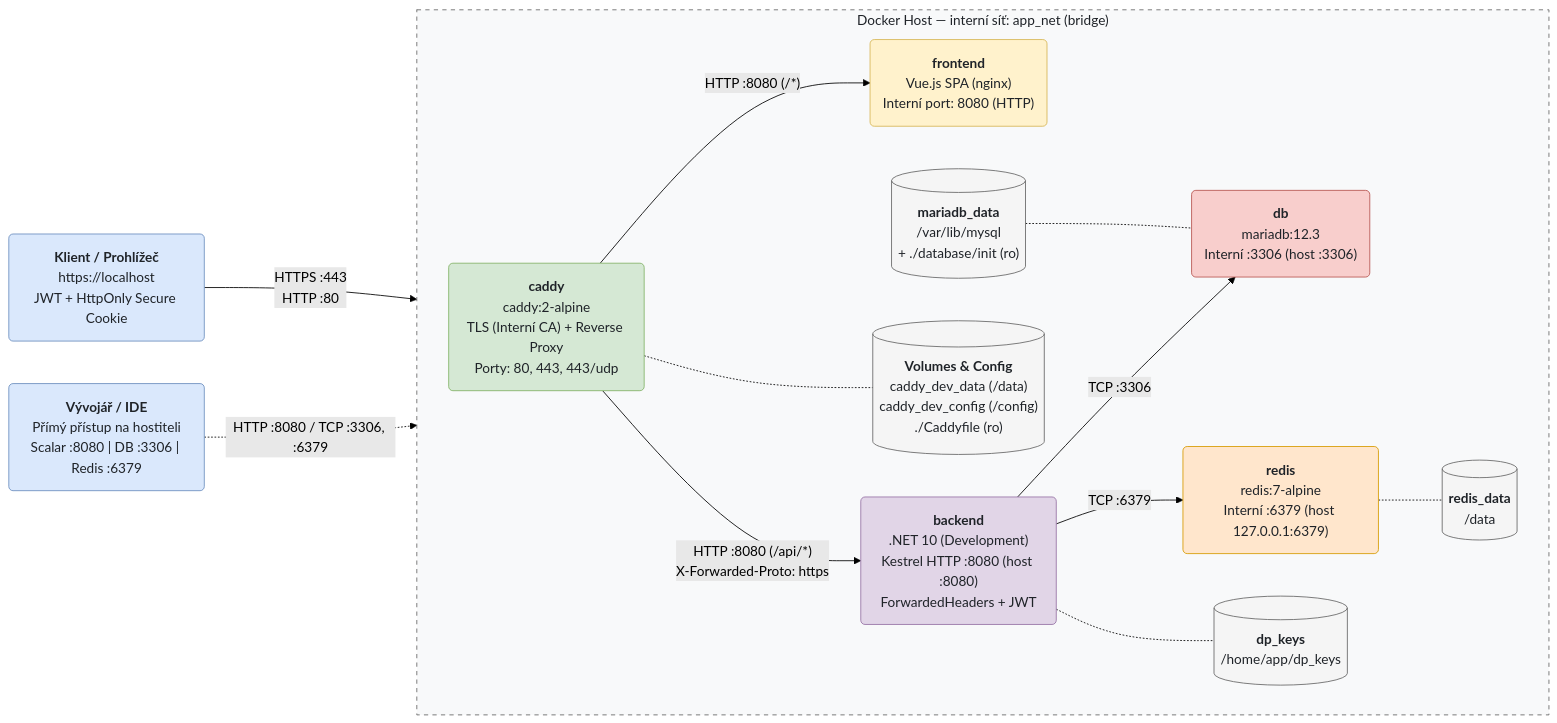
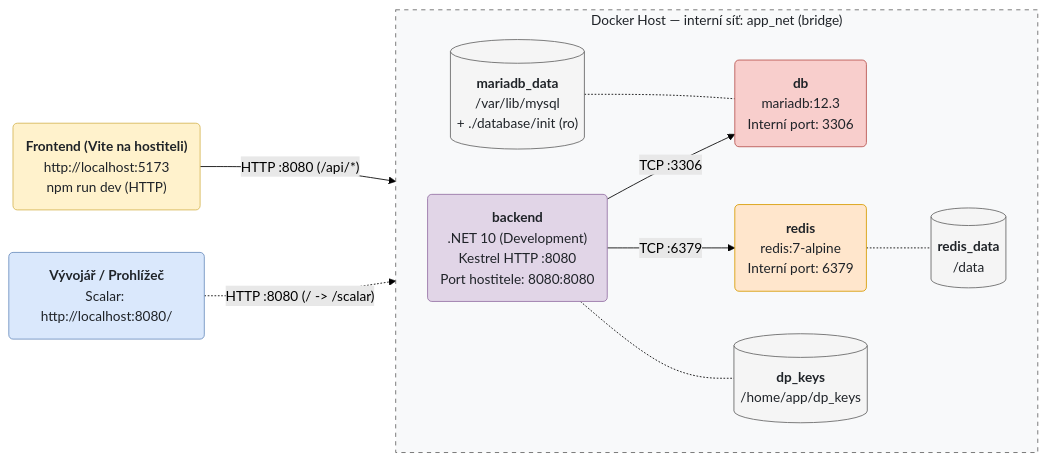
The second of 4 diagrams in README.md (Trpkadev/NNPRO), drawn with Mermaid (forest theme) before and after one commit. The commit also changed other lines of this file and 10 other files, not shown here.

````diff
--- a/README.md
+++ b/README.md
@@ -99,41 +89,33 @@
 ```mermaid
 flowchart LR
-    client("<b>Klient / Prohlížeč</b><br/>https://localhost<br/>JWT + HttpOnly Secure Cookie"):::client
-    ide("<b>Vývojář / IDE</b><br/>Přímý přístup na hostiteli<br/>Scalar :8080 | DB :3306 | Redis :6379"):::client
+    vite("<b>Frontend (Vite na hostiteli)</b><br/>http://localhost:5173<br/>npm run dev (HTTP)"):::frontend
+    ide("<b>Vývojář / Prohlížeč</b><br/>Scalar: http://localhost:8080/"):::client
 
     subgraph app_net["Docker Host — interní síť: app_net (bridge)"]
         direction LR
-        caddy("<b>caddy</b><br/>caddy:2-alpine<br/>TLS (Interní CA) + Reverse Proxy<br/>Porty: 80, 443, 443/udp"):::caddy
-        frontend("<b>frontend</b><br/>Vue.js SPA (nginx)<br/>Interní port: 8080 (HTTP)"):::frontend
-        backend("<b>backend</b><br/>.NET 10 (Development)<br/>Kestrel HTTP :8080 (host :8080)<br/>ForwardedHeaders + JWT"):::backend
-        db("<b>db</b><br/>mariadb:12.3<br/>Interní :3306 (host :3306)"):::db
-        redis("<b>redis</b><br/>redis:7-alpine<br/>Interní :6379 (host 127.0.0.1:6379)"):::redis
+        backend("<b>backend</b><br/>.NET 10 (Development)<br/>Kestrel HTTP :8080<br/>Port hostitele: 8080:8080"):::backend
+        db("<b>db</b><br/>mariadb:12.3<br/>Interní port: 3306"):::db
+        redis("<b>redis</b><br/>redis:7-alpine<br/>Interní port: 6379"):::redis
 
-        caddy_vol[("<b>Volumes & Config</b><br/>caddy_dev_data (/data)<br/>caddy_dev_config (/config)<br/>./Caddyfile (ro)")]:::vol
         dp_keys[("<b>dp_keys</b><br/>/home/app/dp_keys")]:::vol
         mariadb_data[("<b>mariadb_data</b><br/>/var/lib/mysql<br/>+ ./database/init (ro)")]:::vol
         redis_data[("<b>redis_data</b><br/>/data")]:::vol
 
-        caddy -->|"HTTP :8080 (/*)"| frontend
-        caddy -->|"HTTP :8080 (/api/*)<br/>X-Forwarded-Proto: https"| backend
         backend -->|"TCP :3306"| db
         backend -->|"TCP :6379"| redis
-
-        caddy -.- caddy_vol
         backend -.- dp_keys
         mariadb_data -.- db
         redis -.- redis_data
     end
 
-    client -->|"HTTPS :443<br/>HTTP :80"| caddy
-    ide -.->|"HTTP :8080 / TCP :3306, :6379"| backend
+    vite -->|"HTTP :8080 (/api/*)"| backend
+    ide -.->|"HTTP :8080 (/ -> /scalar)"| backend
 
     style app_net fill:#f8f9fa,stroke:#666666,stroke-dasharray: 5 5,color:#1f2328
     classDef client fill:#dae8fc,stroke:#6c8ebf,color:#1f2328
-    classDef caddy fill:#d5e8d4,stroke:#82b366,color:#1f2328
     classDef frontend fill:#fff2cc,stroke:#d6b656,color:#1f2328
     classDef backend fill:#e1d5e7,stroke:#9673a6,color:#1f2328
     classDef db fill:#f8cecc,stroke:#b85450,color:#1f2328
     classDef redis fill:#ffe6cc,stroke:#d79b00,color:#1f2328
     classDef vol fill:#f5f5f5,stroke:#666666,color:#1f2328
 ```
````
